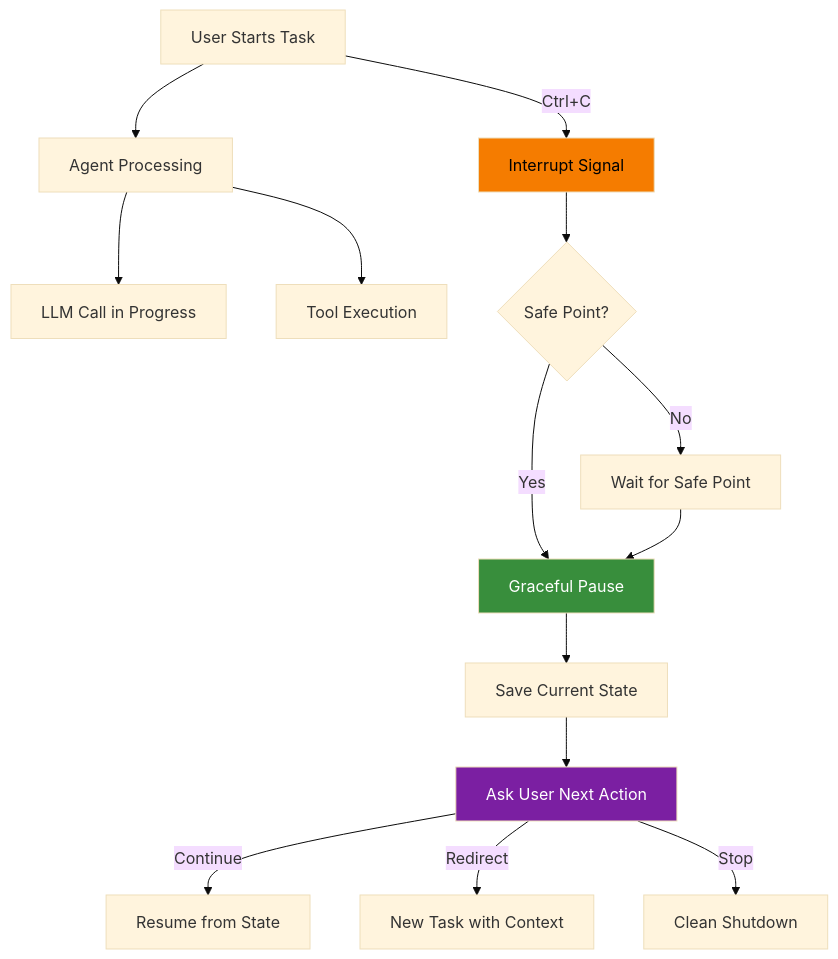
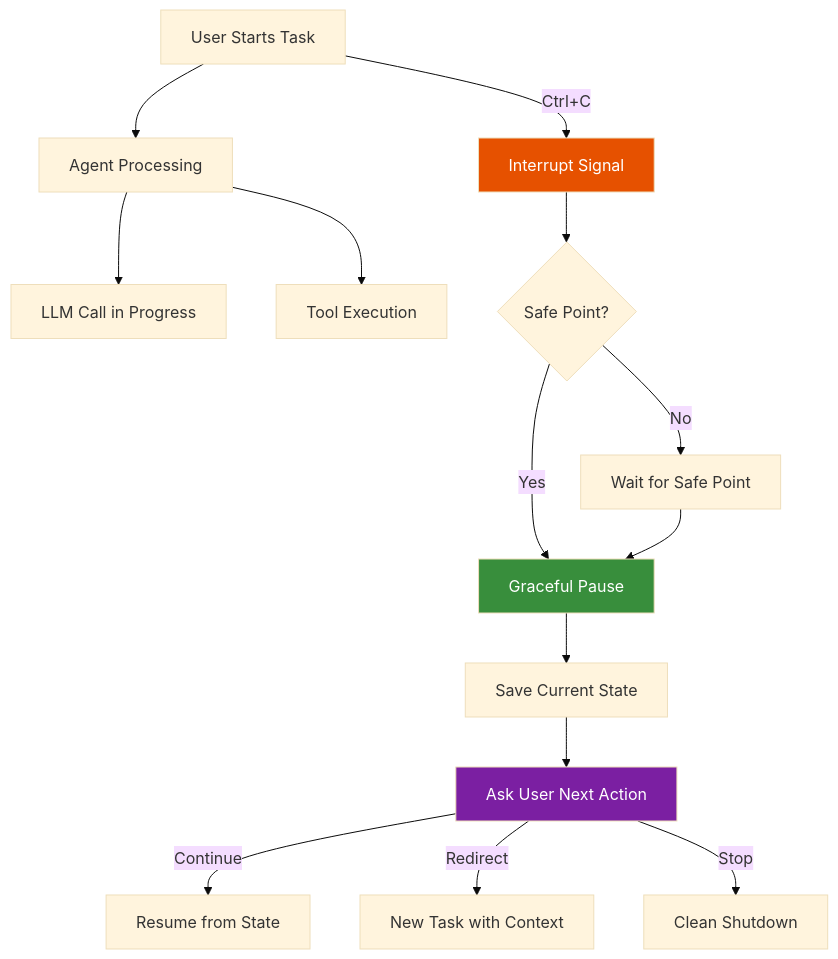
One commit to fwornle/agentic-ai-nano changed diagram 11 of 15 in docs-content/01_frameworks/Session1_ModuleD_Coding_Assistant_Case_Study.md. Above: the diagram before and after it, drawn with Mermaid (base theme). The commit also changed other lines of this file, not shown here.

````diff
--- a/docs-content/01_frameworks/Session1_ModuleD_Coding_Assistant_Case_Study.md
+++ b/docs-content/01_frameworks/Session1_ModuleD_Coding_Assistant_Case_Study.md
@@ -657,25 +657,25 @@
 ```mermaid
 graph TD
     U[User Starts Task] --> A[Agent Processing]
     A --> LLM[LLM Call in Progress]
     A --> TOOL[Tool Execution]
     
     U -->|Ctrl+C| INT[Interrupt Signal]
     INT --> CHECK{Safe Point?}
     
     CHECK -->|Yes| PAUSE[Graceful Pause]
     CHECK -->|No| WAIT[Wait for Safe Point]
     
     PAUSE --> SAVE[Save Current State]
     SAVE --> ASK[Ask User Next Action]
     
     ASK -->|Continue| RESUME[Resume from State]
     ASK -->|Redirect| NEW[New Task with Context]
     ASK -->|Stop| CLEAN[Clean Shutdown]
     
     WAIT --> PAUSE
     
-    style INT fill:#F57C00,color:#000000
+    style INT fill:#E65100,color:#ffffff
     style PAUSE fill:#388E3C,color:#ffffff
     style ASK fill:#7B1FA2,color:#ffffff
 ```
````
